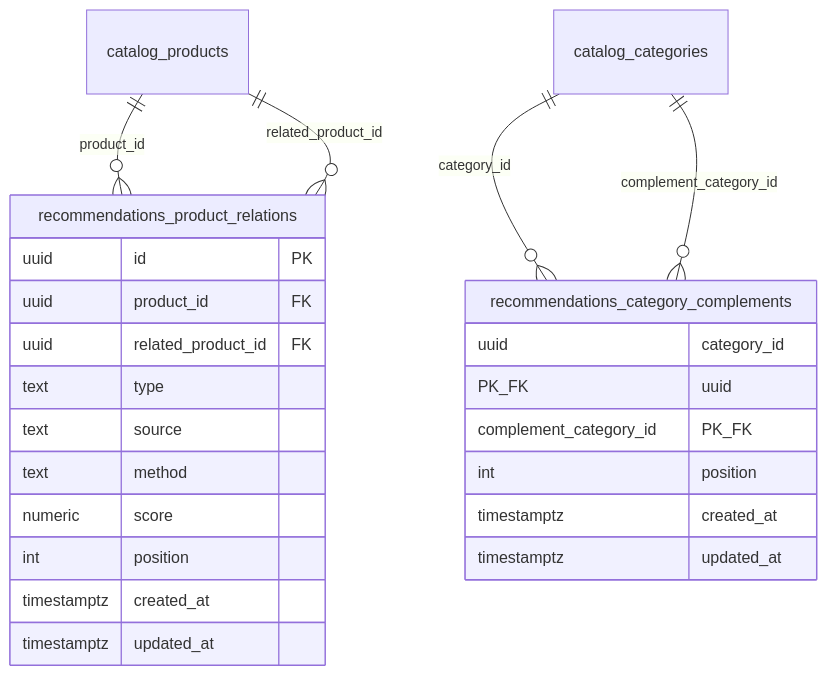
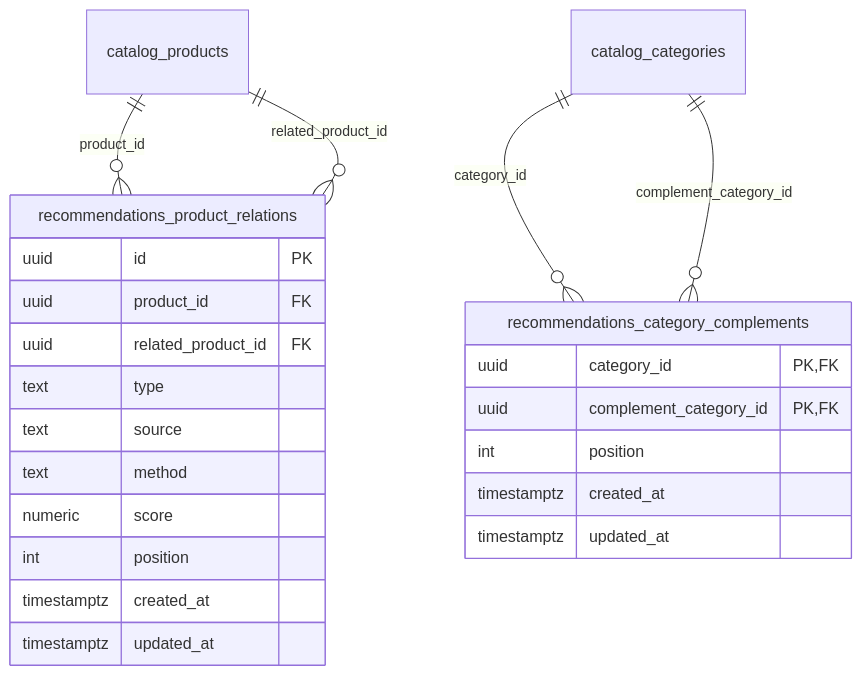
One commit to Luiquecruz/minie-shop changed the third of 3 diagrams in docs/db-model.md. Above: the diagram before and after it, drawn with Mermaid. The commit also changed other lines of this file and 23 other files, not shown here.

````diff
--- a/docs/db-model.md
+++ b/docs/db-model.md
@@ -214,28 +245,28 @@
 ```mermaid
 erDiagram
   recommendations_product_relations {
     uuid id PK
     uuid product_id FK
     uuid related_product_id FK
     text type
     text source
     text method
     numeric score
     int position
     timestamptz created_at
     timestamptz updated_at
   }
 
   recommendations_category_complements {
-    uuid category_id PK_FK
-    uuid complement_category_id PK_FK
+    uuid category_id PK, FK
+    uuid complement_category_id PK, FK
     int position
     timestamptz created_at
     timestamptz updated_at
   }
 
   catalog_products ||--o{ recommendations_product_relations : product_id
   catalog_products ||--o{ recommendations_product_relations : related_product_id
   catalog_categories ||--o{ recommendations_category_complements : category_id
   catalog_categories ||--o{ recommendations_category_complements : complement_category_id
 ```
````
